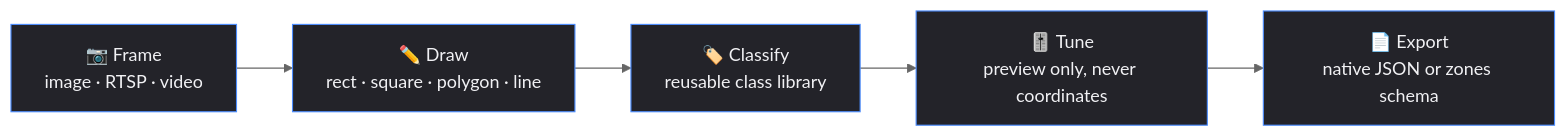
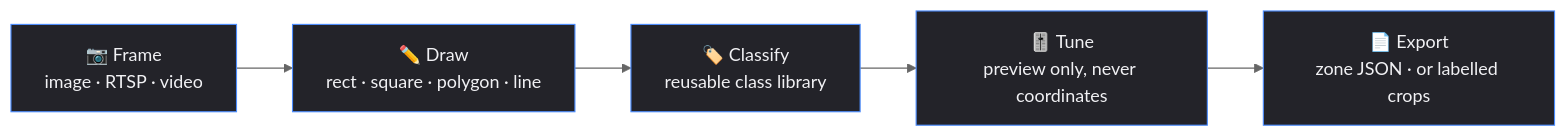
One commit to ChakraDeep8/CameraCalibrationStudio changed the diagram in README.md. Above: the diagram before and after it, drawn with Mermaid (neutral theme). The commit also changed other lines of this file, not shown here.

````diff
--- a/README.md
+++ b/README.md
@@ -91,13 +137,13 @@
 ```mermaid
 flowchart LR
     A["📷 Frame<br/>image · RTSP · video"] --> B["✏️ Draw<br/>rect · square · polygon · line"]
     B --> C["🏷️ Classify<br/>reusable class library"]
     C --> D["🎚️ Tune<br/>preview only, never coordinates"]
-    D --> E["📄 Export<br/>native JSON or zones schema"]
+    D --> E["📄 Export<br/>zone JSON · or labelled crops"]
 
     style A fill:#232329,stroke:#4C8DFF,color:#F1F1F4
     style B fill:#232329,stroke:#4C8DFF,color:#F1F1F4
     style C fill:#232329,stroke:#4C8DFF,color:#F1F1F4
     style D fill:#232329,stroke:#4C8DFF,color:#F1F1F4
     style E fill:#232329,stroke:#4C8DFF,color:#F1F1F4
 ```
````
